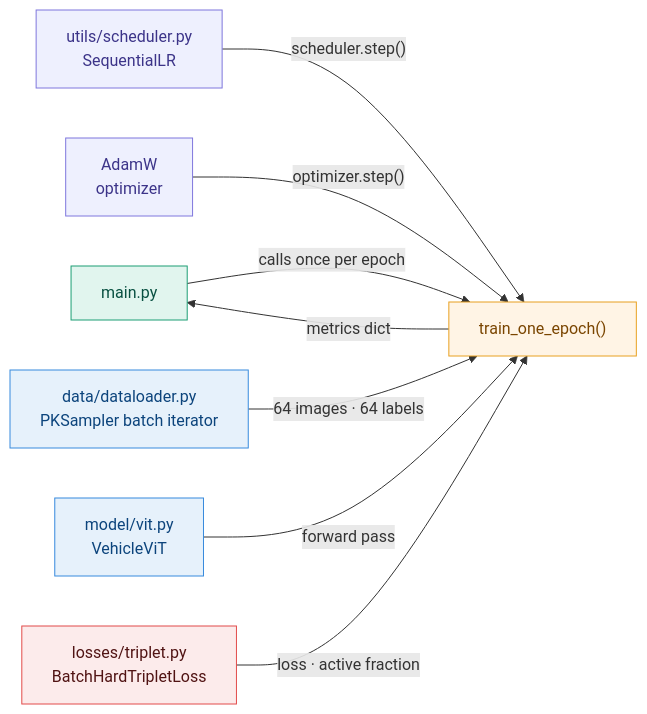
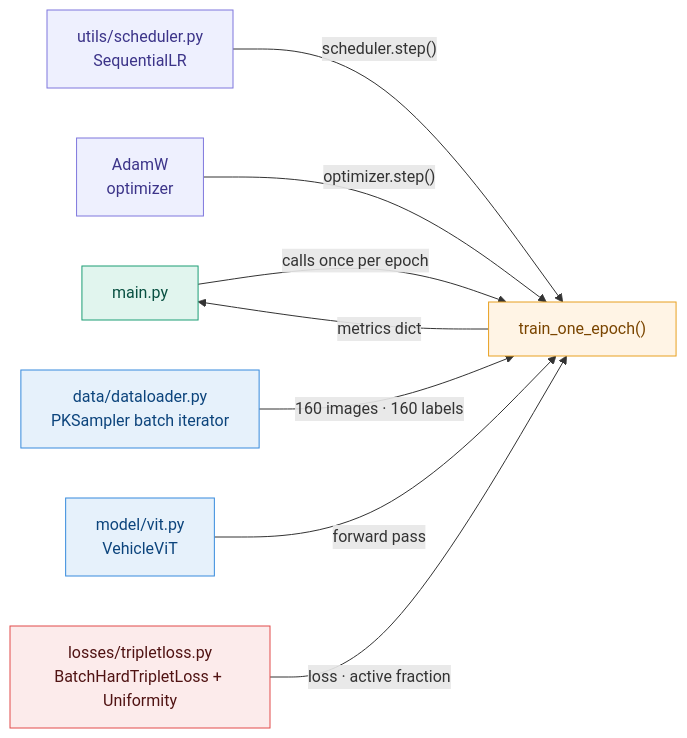
One commit to Volvert/INFO8010-DeepLearing changed the first of 2 diagrams in TRAIN.md. Above: the diagram before and after it, drawn with Mermaid. The commit also changed other lines of this file, not shown here.

Commit message:
Update TRAIN.md for epoch and batch size changes

````diff
--- a/TRAIN.md
+++ b/TRAIN.md
@@ -12,19 +12,19 @@
 ```mermaid
 flowchart LR
     A["main.py"] -->|"calls once per epoch"| B["train_one_epoch()"]
     B -->|"metrics dict"| A
 
     SCH["utils/scheduler.py\nSequentialLR"] -->|"scheduler.step()"| B
     OPT["AdamW\noptimizer"] -->|"optimizer.step()"| B
-    DL["data/dataloader.py\nPKSampler batch iterator"] -->|"64 images · 64 labels"| B
+    DL["data/dataloader.py\nPKSampler batch iterator"] -->|"160 images · 160 labels"| B
     VIT["model/vit.py\nVehicleViT"] -->|"forward pass"| B
-    LOSS["losses/triplet.py\nBatchHardTripletLoss"] -->|"loss · active fraction"| B
+    LOSS["losses/tripletloss.py\nBatchHardTripletLoss + Uniformity"] -->|"loss · active fraction"| B
 
     style A fill:#E1F5EE,stroke:#1D9E75,color:#085041
     style B fill:#FFF4E5,stroke:#E8A020,color:#7A4500
     style SCH fill:#EEF0FE,stroke:#7F77DD,color:#3C3489
     style OPT fill:#EEF0FE,stroke:#7F77DD,color:#3C3489
     style DL fill:#E6F1FB,stroke:#378ADD,color:#0C447C
     style VIT fill:#E6F1FB,stroke:#378ADD,color:#0C447C
     style LOSS fill:#FCEBEB,stroke:#E24B4A,color:#501313
 ```
````
